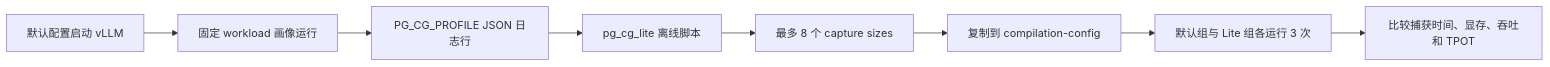
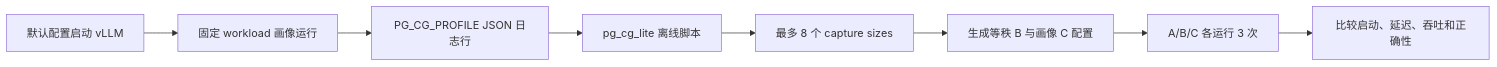
One commit to WeiAsFan/vllm-pg-cg-lite changed the diagram in pg-cg-lite-project/README.md. Above: the diagram before and after it, drawn with Mermaid. The commit also changed other lines of this file and 5 other files, not shown here.

````diff
--- a/pg-cg-lite-project/README.md
+++ b/pg-cg-lite-project/README.md
@@ -111,10 +116,10 @@
 ```mermaid
 flowchart LR
     A[默认配置启动 vLLM] --> B[固定 workload 画像运行]
     B --> C[PG_CG_PROFILE JSON 日志行]
     C --> D[pg_cg_lite 离线脚本]
     D --> E[最多 8 个 capture sizes]
-    E --> F[复制到 compilation-config]
-    F --> G[默认组与 Lite 组各运行 3 次]
-    G --> H[比较捕获时间、显存、吞吐和 TPOT]
+    E --> F[生成等秩 B 与画像 C 配置]
+    F --> G[A/B/C 各运行 3 次]
+    G --> H[比较启动、延迟、吞吐和正确性]
 ```
````
